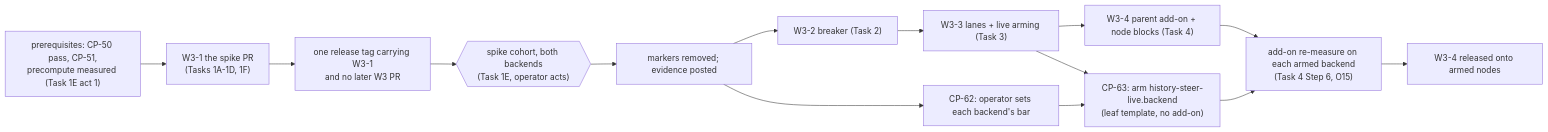
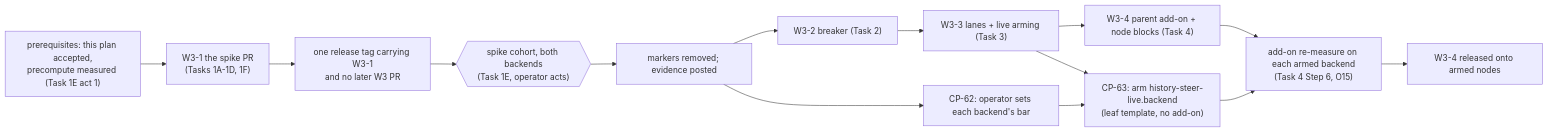
Before and after one commit to Synapsium-Labs/ccrc-pwa: the diagram in docs/superpowers/plans/2026-10-29-ccrc-history-w3-steering.md, drawn with Mermaid. The commit also changed other lines of this file and 1 other file, not shown here.

First line of the commit message:
docs(history): fix round 3 on the W3 plan and the W4 addendum (review 1199)

````diff
--- a/docs/superpowers/plans/2026-10-29-ccrc-history-w3-steering.md
+++ b/docs/superpowers/plans/2026-10-29-ccrc-history-w3-steering.md
@@ -118,16 +124,16 @@
 ```mermaid
 flowchart LR
-  P["prerequisites: CP-50 pass, CP-51,<br/>precompute measured (Task 1E act 1)"] --> T1["W3-1 the spike PR<br/>(Tasks 1A-1D, 1F)"]
+  P["prerequisites: this plan accepted,<br/>precompute measured (Task 1E act 1)"] --> T1["W3-1 the spike PR<br/>(Tasks 1A-1D, 1F)"]
   T1 --> R1["one release tag carrying W3-1<br/>and no later W3 PR"]
   R1 --> C{{"spike cohort, both backends<br/>(Task 1E, operator acts)"}}
   C --> E["markers removed; evidence posted"]
   E --> B["CP-62: operator sets each backend's bar"]
   E --> T2["W3-2 breaker (Task 2)"]
   T2 --> T3["W3-3 lanes + live arming (Task 3)"]
   T3 --> A["CP-63: arm history-steer-live.backend<br/>(leaf template, no add-on)"]
   B --> A
   T3 --> T4["W3-4 parent add-on + node blocks (Task 4)"]
   T4 --> M["add-on re-measure on each armed backend<br/>(Task 4 Step 6, O15)"]
   A --> M
   M --> R4["W3-4 released onto armed nodes"]
 ```
````
